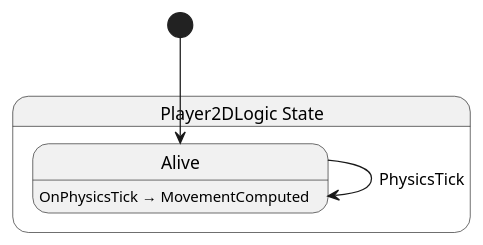
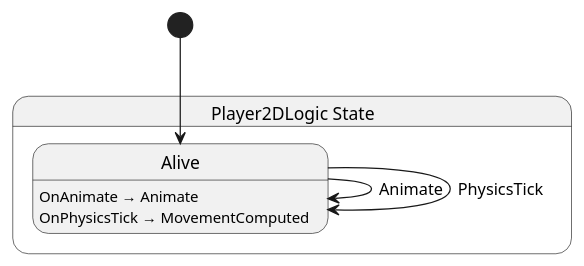
Before and after one commit to the-bham/GameDemo: the diagram in src/farming_rpg/player/state/Player2DLogic.g.puml, drawn with PlantUML. The commit also changed 8 other files, not shown here.

```diff
--- a/src/farming_rpg/player/state/Player2DLogic.g.puml
+++ b/src/farming_rpg/player/state/Player2DLogic.g.puml
@@ -1,11 +1,13 @@
 @startuml Player2DLogic
 state "Player2DLogic State" as GameDemo_Player2DLogic_State {
   state "Alive" as GameDemo_Player2DLogic_State_Alive
 }
 
+GameDemo_Player2DLogic_State_Alive --> GameDemo_Player2DLogic_State_Alive : Animate
 GameDemo_Player2DLogic_State_Alive --> GameDemo_Player2DLogic_State_Alive : PhysicsTick
 
+GameDemo_Player2DLogic_State_Alive : OnAnimate → Animate
 GameDemo_Player2DLogic_State_Alive : OnPhysicsTick → MovementComputed
 
 [*] --> GameDemo_Player2DLogic_State_Alive
 @enduml
```
